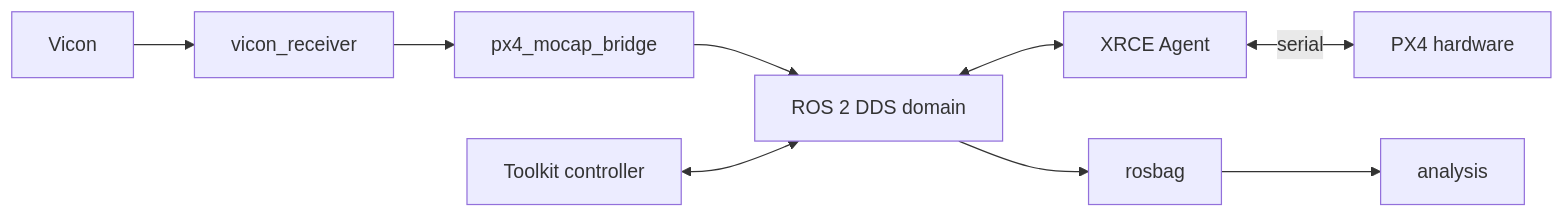
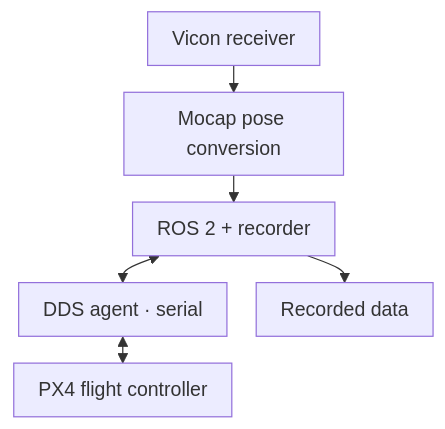
The second of 2 diagrams in docs/reference/architecture.md (ANCL/px4-dev-toolkit), drawn with Mermaid before and after one commit. The commit also changed other lines of this file and 212 other files, not shown here.

Commit message:
Simplify installation and toolkit architecture

````diff
--- a/docs/reference/architecture.md
+++ b/docs/reference/architecture.md
@@ -62,11 +35,17 @@
 ```mermaid
-flowchart LR
-    V[Vicon] --> VR[vicon_receiver]
-    VR --> MB[px4_mocap_bridge]
-    MB --> R[ROS 2 DDS domain]
-    R <--> X[XRCE Agent]
-    X <--> |serial| P[PX4 hardware]
-    C[Toolkit controller] <--> R
-    R --> B[rosbag]
-    B --> A[analysis]
+---
+config:
+  flowchart:
+    useMaxWidth: false
+    wrappingWidth: 140
+    padding: 10
+    rankSpacing: 22
+    nodeSpacing: 24
+---
+flowchart TB
+    V["Vicon receiver"] --> C["Mocap pose conversion"]
+    C --> R["ROS 2 + recorder"]
+    R <--> X["DDS agent · serial"]
+    X <--> P["PX4 flight controller"]
+    R --> B["Recorded data"]
 ```
````
